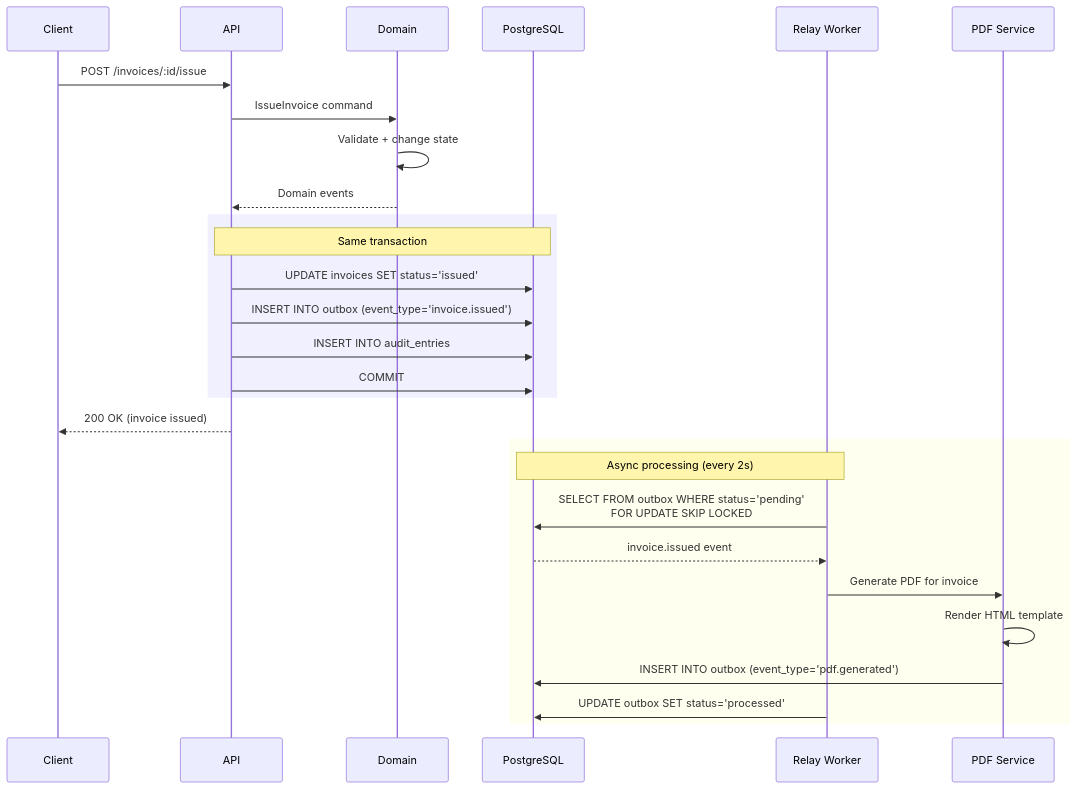
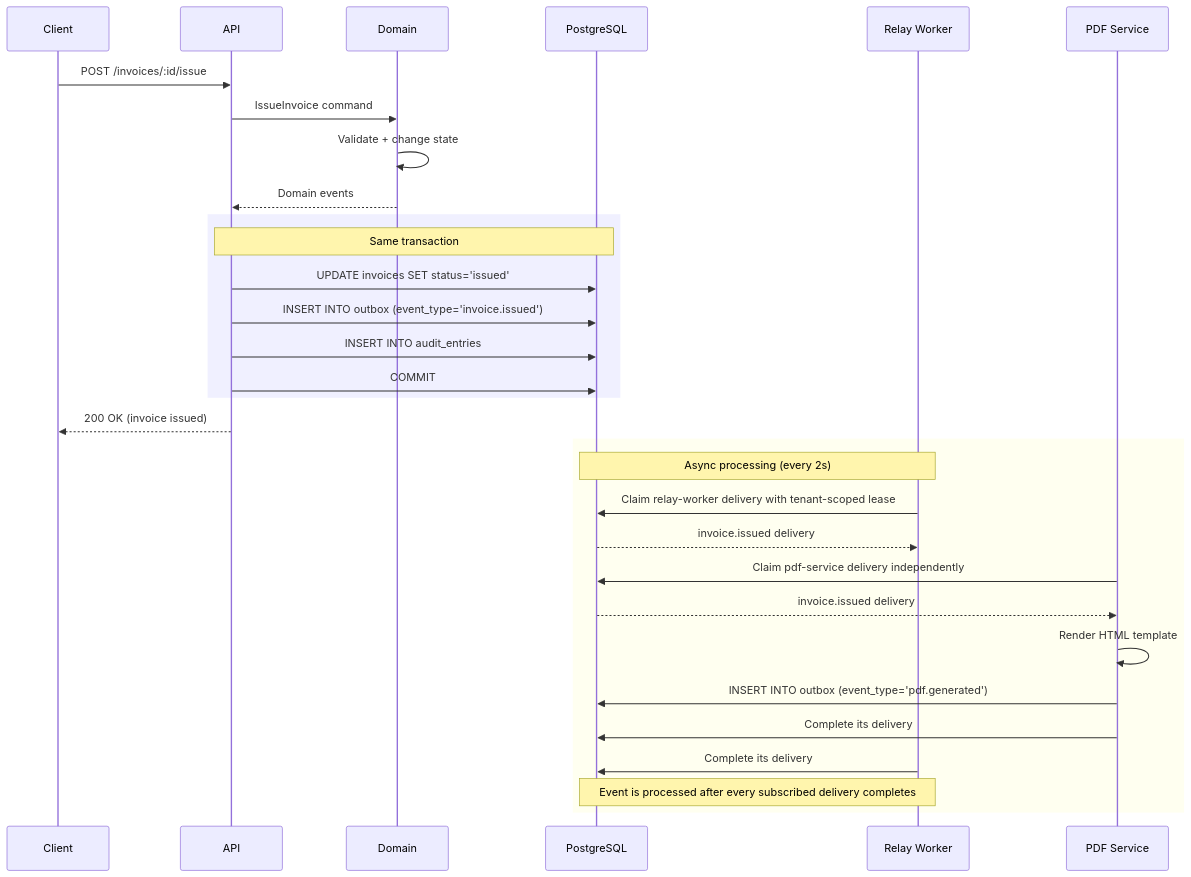
Before and after one commit to ssanchez123/invoice-generator: the fourth of 9 diagrams in docs/diagrams.md, drawn with Mermaid. The commit also changed 34 other files, not shown here.

Commit message:
feat(worker): add leased outbox fan-out and real PDF generation

````diff
--- a/docs/diagrams.md
+++ b/docs/diagrams.md
@@ -112,34 +112,37 @@
 ```mermaid
 sequenceDiagram
     participant Client
     participant API
     participant Domain
     participant DB as PostgreSQL
     participant Relay as Relay Worker
     participant PDF as PDF Service
 
     Client->>API: POST /invoices/:id/issue
     API->>Domain: IssueInvoice command
     Domain->>Domain: Validate + change state
     Domain-->>API: Domain events
 
     rect rgb(240, 240, 255)
         Note over API, DB: Same transaction
         API->>DB: UPDATE invoices SET status='issued'
         API->>DB: INSERT INTO outbox (event_type='invoice.issued')
         API->>DB: INSERT INTO audit_entries
         API->>DB: COMMIT
     end
 
     API-->>Client: 200 OK (invoice issued)
 
     rect rgb(255, 255, 240)
         Note over Relay, DB: Async processing (every 2s)
-        Relay->>DB: SELECT FROM outbox WHERE status='pending'<br/>FOR UPDATE SKIP LOCKED
-        DB-->>Relay: invoice.issued event
-        Relay->>PDF: Generate PDF for invoice
+        Relay->>DB: Claim relay-worker delivery with tenant-scoped lease
+        DB-->>Relay: invoice.issued delivery
+        PDF->>DB: Claim pdf-service delivery independently
+        DB-->>PDF: invoice.issued delivery
         PDF->>PDF: Render HTML template
         PDF->>DB: INSERT INTO outbox (event_type='pdf.generated')
-        Relay->>DB: UPDATE outbox SET status='processed'
+        PDF->>DB: Complete its delivery
+        Relay->>DB: Complete its delivery
+        Note over Relay, DB: Event is processed after every subscribed delivery completes
     end
 ```
````
